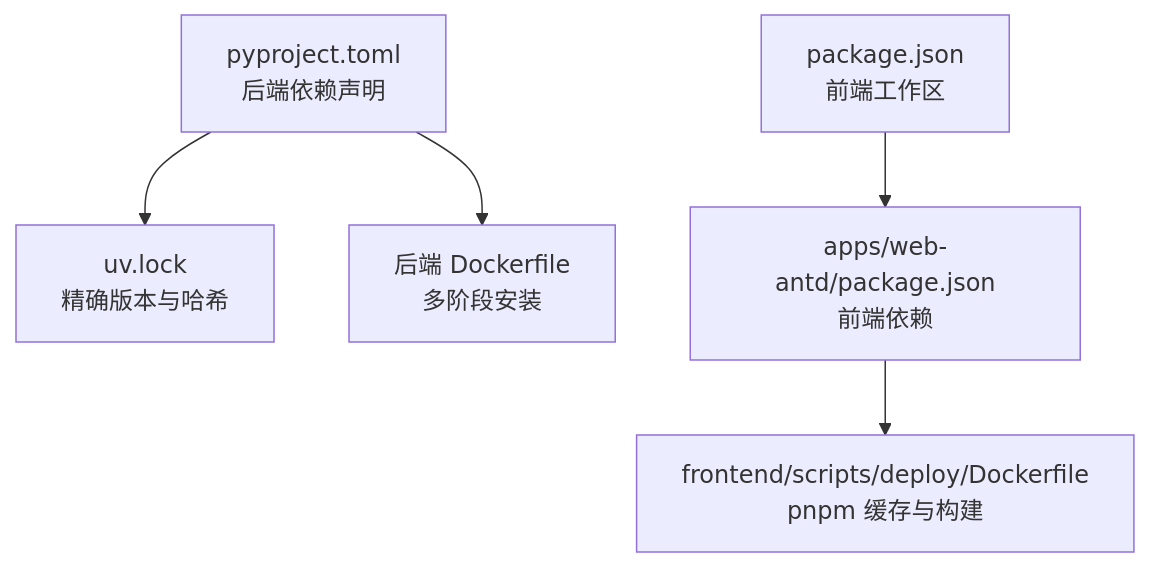
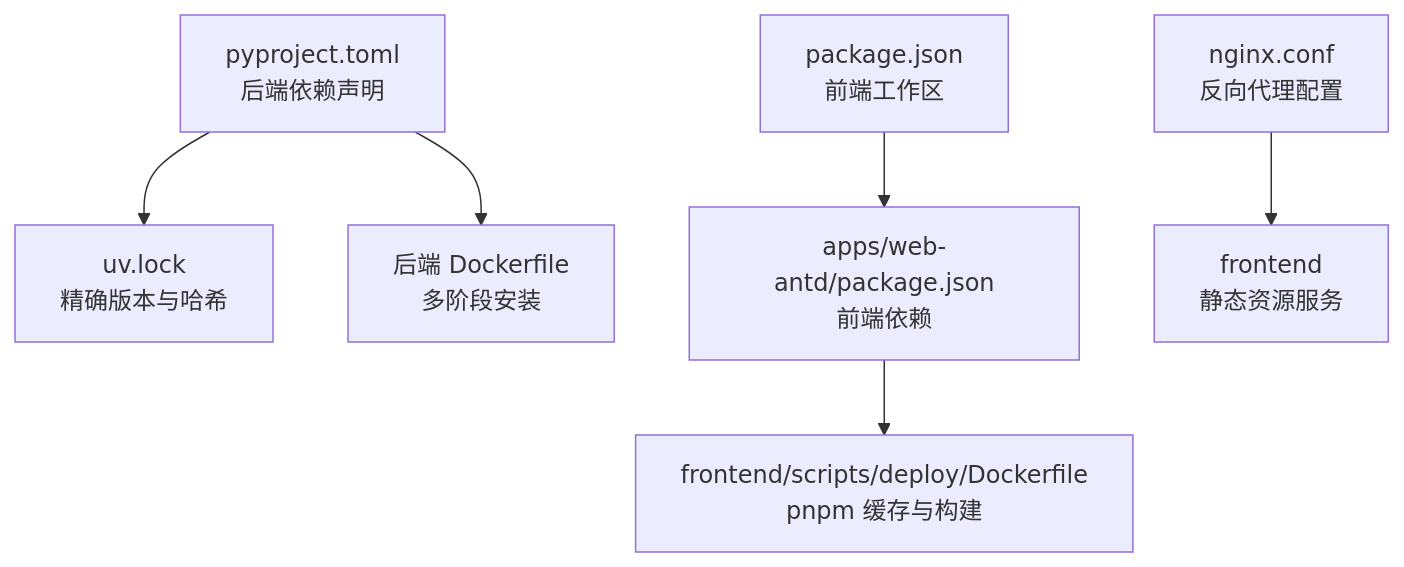
Before and after one commit to yzxingtu/novusai-saas: the seventh of 7 diagrams in .qoder/repowiki/zh/content/架构设计/整体架构设计/部署架构设计/容器化策略.md, drawn with Mermaid. The commit also changed other lines of this file and 256 other files, not shown here.

````diff
--- a/.qoder/repowiki/zh/content/架构设计/整体架构设计/部署架构设计/容器化策略.md
+++ b/.qoder/repowiki/zh/content/架构设计/整体架构设计/部署架构设计/容器化策略.md
@@ -233,7 +264,8 @@
 ```mermaid
 graph TB
 P["pyproject.toml<br/>后端依赖声明"] --> L["uv.lock<br/>精确版本与哈希"]
 P --> B["后端 Dockerfile<br/>多阶段安装"]
 F["package.json<br/>前端工作区"] --> W["apps/web-antd/package.json<br/>前端依赖"]
 W --> D["frontend/scripts/deploy/Dockerfile<br/>pnpm 缓存与构建"]
+N["nginx.conf<br/>反向代理配置"] --> FR["frontend<br/>静态资源服务"]
 ```
````
